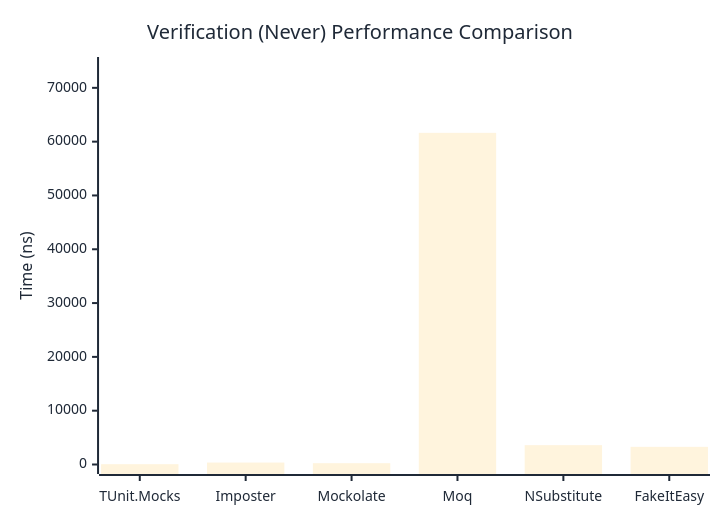
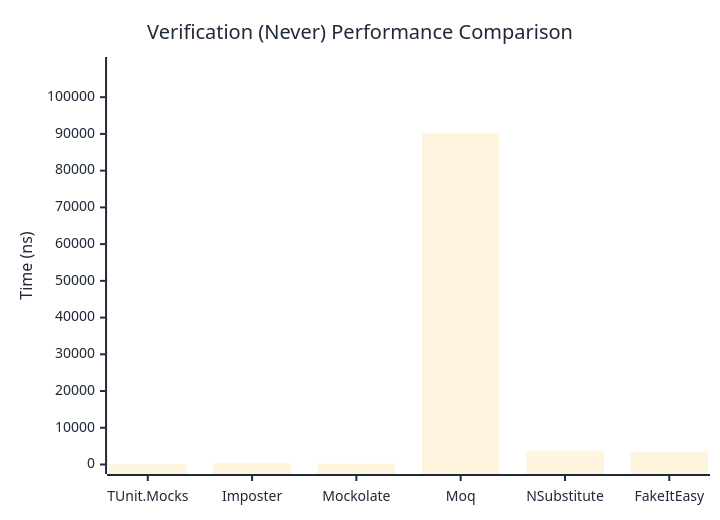
One commit to thomhurst/TUnit changed the second of 3 diagrams in docs/docs/benchmarks/mocks/Verification.md. Above: the diagram before and after it, drawn with Mermaid. The commit also changed other lines of this file and 14 other files, not shown here.

````diff
--- a/docs/docs/benchmarks/mocks/Verification.md
+++ b/docs/docs/benchmarks/mocks/Verification.md
@@ -71,27 +71,27 @@
 ```mermaid
 %%{init: {
   'theme':'base',
   'themeVariables': {
     'primaryColor': '#2563eb',
     'primaryTextColor': '#1f2937',
     'primaryBorderColor': '#1e40af',
     'lineColor': '#6b7280',
     'secondaryColor': '#7c3aed',
     'tertiaryColor': '#dc2626',
     'background': '#ffffff',
     'pie1': '#2563eb',
     'pie2': '#7c3aed',
     'pie3': '#dc2626',
     'pie4': '#f59e0b',
     'pie5': '#10b981',
     'pie6': '#06b6d4',
     'pie7': '#ec4899',
     'pie8': '#6366f1'
   }
 }}%%
 xychart-beta
   title "Verification (Never) Performance Comparison"
   x-axis ["TUnit.Mocks", "Imposter", "Mockolate", "Moq", "NSubstitute", "FakeItEasy"]
-  y-axis "Time (ns)" 0 --> 73965
-  bar [59.05, 359.41, 243.52, 61637.22, 3594.09, 3282.84]
+  y-axis "Time (ns)" 0 --> 108353
+  bar [50.22, 328.23, 234.01, 90293.52, 3738.67, 3542.6]
 ```
````
